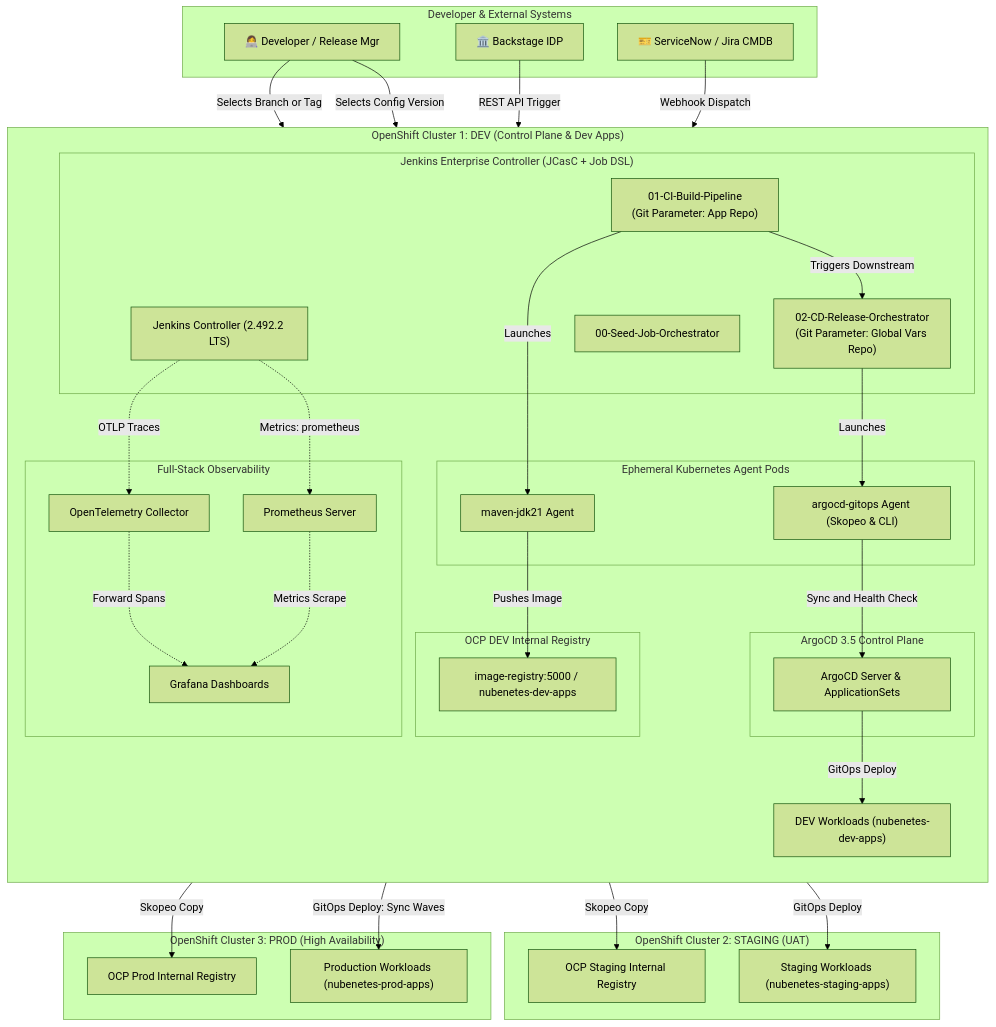
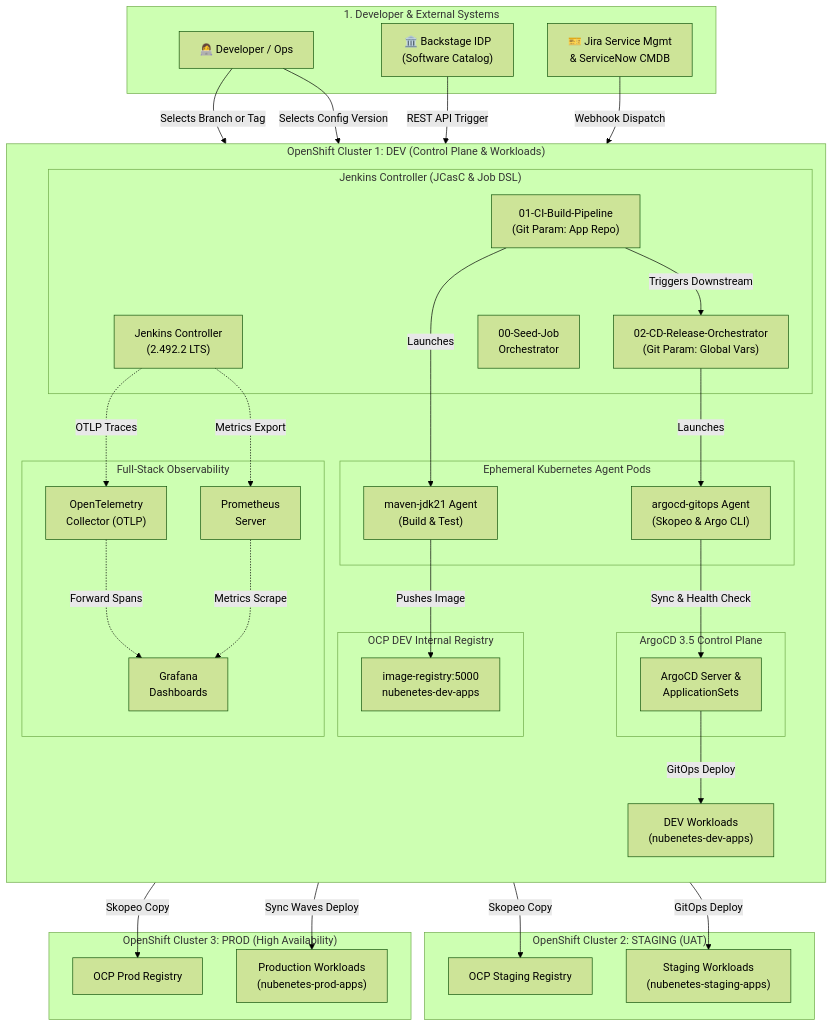
The first of 4 diagrams in README.md (nubenetes/jenkins-git-parameter), drawn with Mermaid (forest theme) before and after one commit. The commit also changed other lines of this file, not shown here.

Commit message:
docs: include Backstage IDP in Scenario C diagram and refine all mermaid formatting

````diff
--- a/README.md
+++ b/README.md
@@ -71,72 +71,72 @@
 ```mermaid
 flowchart TB
-    subgraph DeveloperWorkspace["Developer & External Systems"]
-        Dev["👩‍💻 Developer / Release Mgr"]
-        Backstage["🏛️ Backstage IDP"]
-        ITSM["🎫 ServiceNow / Jira CMDB"]
+    subgraph DeveloperWorkspace["1. Developer & External Systems"]
+        Dev["👩‍💻 Developer / Ops"]
+        Backstage["🏛️ Backstage IDP<br/>(Software Catalog)"]
+        ITSM["🎫 Jira Service Mgmt<br/>& ServiceNow CMDB"]
     end
 
-    subgraph OCP_DEV["OpenShift Cluster 1: DEV (Control Plane & Dev Apps)"]
+    subgraph OCP_DEV["OpenShift Cluster 1: DEV (Control Plane & Workloads)"]
         direction TB
-        subgraph JenkinsPlatform["Jenkins Enterprise Controller (JCasC + Job DSL)"]
-            Master["Jenkins Controller (2.492.2 LTS)"]
-            Seed["00-Seed-Job-Orchestrator"]
-            CIJob["01-CI-Build-Pipeline<br>(Git Parameter: App Repo)"]
-            CDJob["02-CD-Release-Orchestrator<br>(Git Parameter: Global Vars Repo)"]
+        subgraph JenkinsPlatform["Jenkins Controller (JCasC & Job DSL)"]
+            Master["Jenkins Controller<br/>(2.492.2 LTS)"]
+            Seed["00-Seed-Job<br/>Orchestrator"]
+            CIJob["01-CI-Build-Pipeline<br/>(Git Param: App Repo)"]
+            CDJob["02-CD-Release-Orchestrator<br/>(Git Param: Global Vars)"]
         end
 
         subgraph Agents["Ephemeral Kubernetes Agent Pods"]
-            MavenAgent["maven-jdk21 Agent"]
-            GitOpsAgent["argocd-gitops Agent (Skopeo & CLI)"]
+            MavenAgent["maven-jdk21 Agent<br/>(Build & Test)"]
+            GitOpsAgent["argocd-gitops Agent<br/>(Skopeo & Argo CLI)"]
         end
 
         subgraph OCPDevRegistry["OCP DEV Internal Registry"]
-            DevReg["image-registry:5000 / nubenetes-dev-apps"]
+            DevReg["image-registry:5000<br/>nubenetes-dev-apps"]
         end
 
         subgraph ArgoCDMaster["ArgoCD 3.5 Control Plane"]
-            ArgoServer["ArgoCD Server & ApplicationSets"]
+            ArgoServer["ArgoCD Server &<br/>ApplicationSets"]
         end
 
         subgraph ObservabilityStack["Full-Stack Observability"]
-            OTel["OpenTelemetry Collector"]
-            Prom["Prometheus Server"]
-            Grafana["Grafana Dashboards"]
+            OTel["OpenTelemetry<br/>Collector (OTLP)"]
+            Prom["Prometheus<br/>Server"]
+            Grafana["Grafana<br/>Dashboards"]
         end
 
-        DevApps["DEV Workloads (nubenetes-dev-apps)"]
+        DevApps["DEV Workloads<br/>(nubenetes-dev-apps)"]
     end
 
     subgraph OCP_STG["OpenShift Cluster 2: STAGING (UAT)"]
-        StgReg["OCP Staging Internal Registry"]
-        StgApps["Staging Workloads (nubenetes-staging-apps)"]
+        StgReg["OCP Staging Registry"]
+        StgApps["Staging Workloads<br/>(nubenetes-staging-apps)"]
     end
 
     subgraph OCP_PRD["OpenShift Cluster 3: PROD (High Availability)"]
-        PrdReg["OCP Prod Internal Registry"]
-        PrdApps["Production Workloads (nubenetes-prod-apps)"]
+        PrdReg["OCP Prod Registry"]
+        PrdApps["Production Workloads<br/>(nubenetes-prod-apps)"]
     end
 
     Dev -->|Selects Branch or Tag| CIJob
     Dev -->|Selects Config Version| CDJob
     Backstage -->|REST API Trigger| CDJob
     ITSM -->|Webhook Dispatch| CDJob
 
     CIJob -->|Launches| MavenAgent
     MavenAgent -->|Pushes Image| DevReg
     CIJob -->|Triggers Downstream| CDJob
 
     CDJob -->|Launches| GitOpsAgent
     GitOpsAgent -->|Skopeo Copy| StgReg
     GitOpsAgent -->|Skopeo Copy| PrdReg
-    GitOpsAgent -->|Sync and Health Check| ArgoServer
+    GitOpsAgent -->|Sync & Health Check| ArgoServer
 
     ArgoServer -->|GitOps Deploy| DevApps
     ArgoServer -->|GitOps Deploy| StgApps
-    ArgoServer -->|GitOps Deploy: Sync Waves| PrdApps
+    ArgoServer -->|Sync Waves Deploy| PrdApps
 
     Master -.->|OTLP Traces| OTel
     OTel -.->|Forward Spans| Grafana
-    Master -.->|Metrics: prometheus| Prom
+    Master -.->|Metrics Export| Prom
     Prom -.->|Metrics Scrape| Grafana
 ```
````
